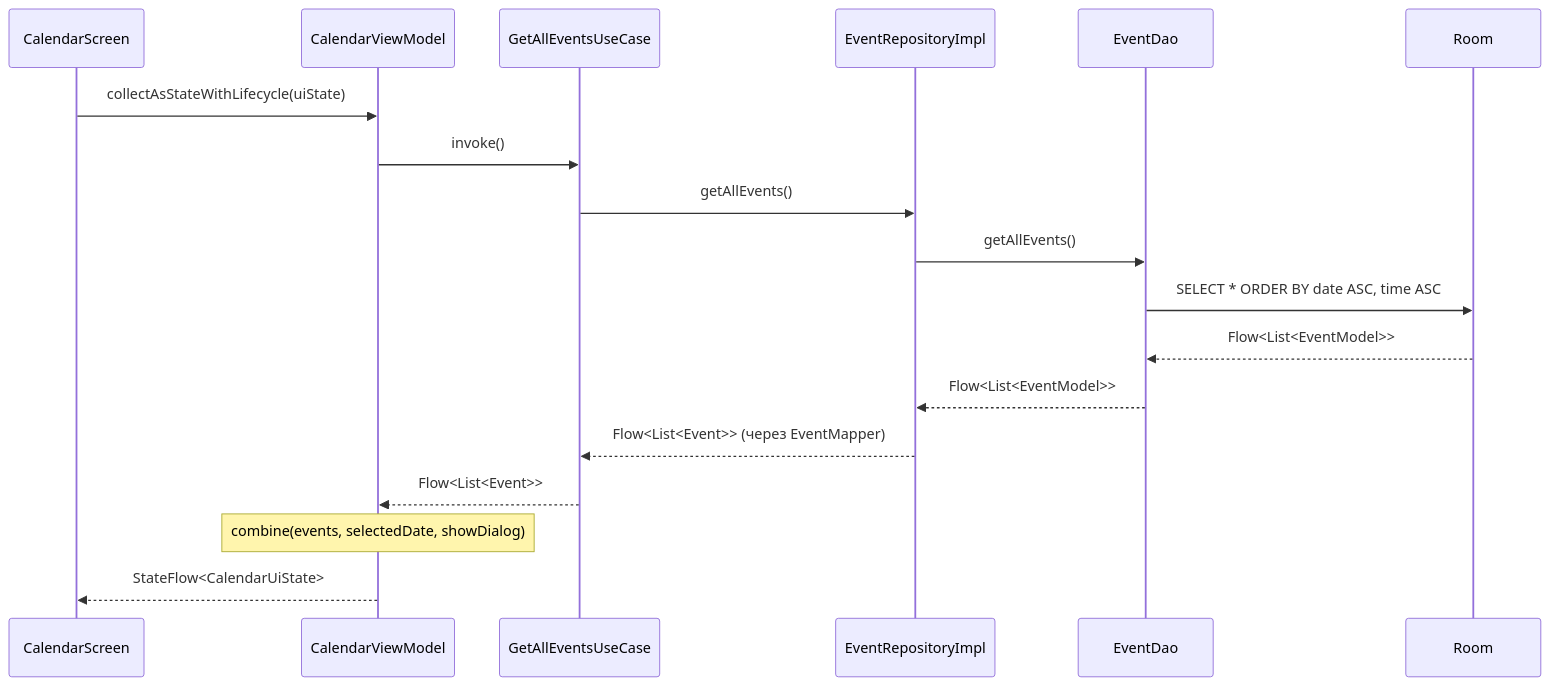
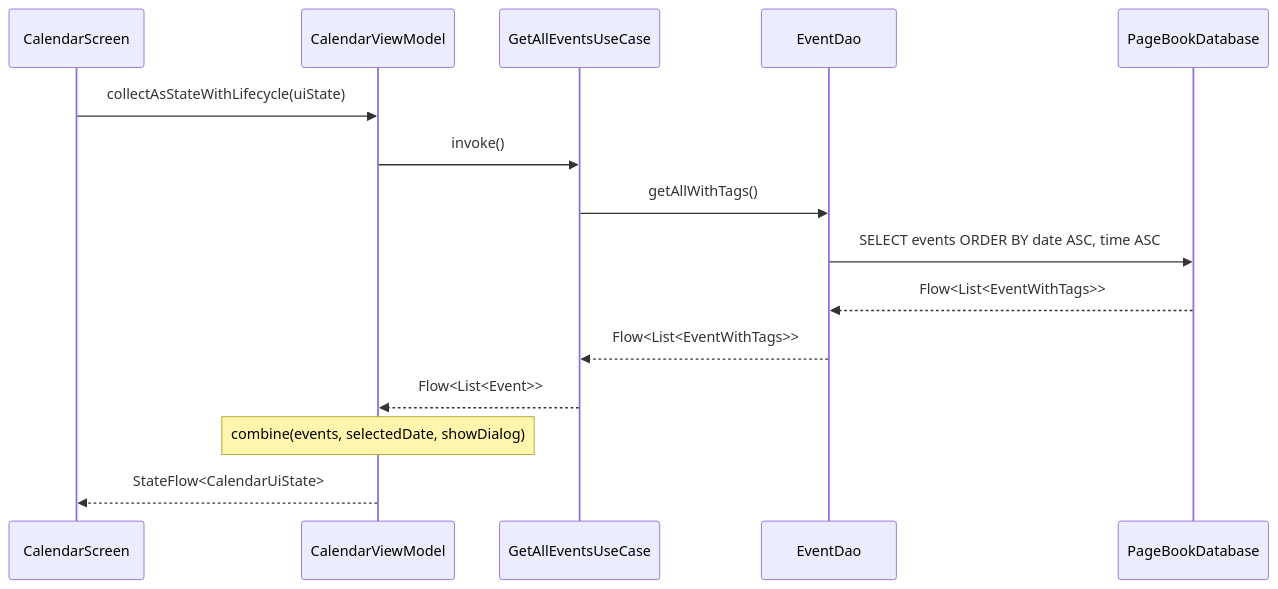
One commit to MaxGog/pagebook-android changed the fourth of 5 diagrams in docs/ARCHITECTURE.md. Above: the diagram before and after it, drawn with Mermaid. The commit also changed other lines of this file and 70 other files, not shown here.

````diff
--- a/docs/ARCHITECTURE.md
+++ b/docs/ARCHITECTURE.md
@@ -149,21 +270,18 @@
 ```mermaid
 sequenceDiagram
     participant UI as CalendarScreen
     participant VM as CalendarViewModel
     participant UC as GetAllEventsUseCase
-    participant Impl as EventRepositoryImpl
     participant DAO as EventDao
-    participant DB as Room
+    participant DB as PageBookDatabase
 
     UI->>VM: collectAsStateWithLifecycle(uiState)
     VM->>UC: invoke()
-    UC->>Impl: getAllEvents()
-    Impl->>DAO: getAllEvents()
-    DAO->>DB: SELECT * ORDER BY date ASC, time ASC
-    DB-->>DAO: Flow<List<EventModel>>
-    DAO-->>Impl: Flow<List<EventModel>>
-    Impl-->>UC: Flow<List<Event>> (через EventMapper)
+    UC->>DAO: getAllWithTags()
+    DAO->>DB: SELECT events ORDER BY date ASC, time ASC
+    DB-->>DAO: Flow<List<EventWithTags>>
+    DAO-->>UC: Flow<List<EventWithTags>>
     UC-->>VM: Flow<List<Event>>
     Note over VM: combine(events, selectedDate, showDialog)
     VM-->>UI: StateFlow<CalendarUiState>
 ```
````
